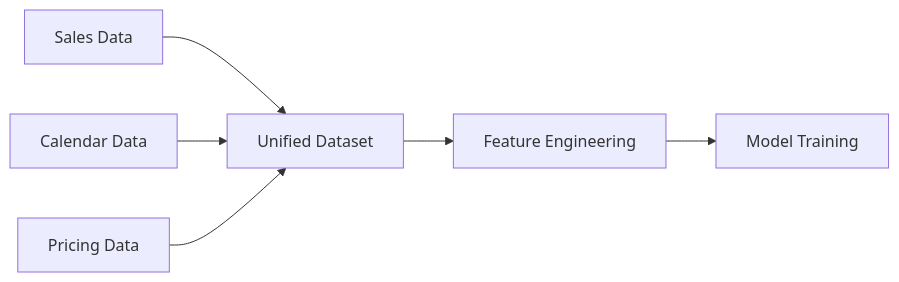
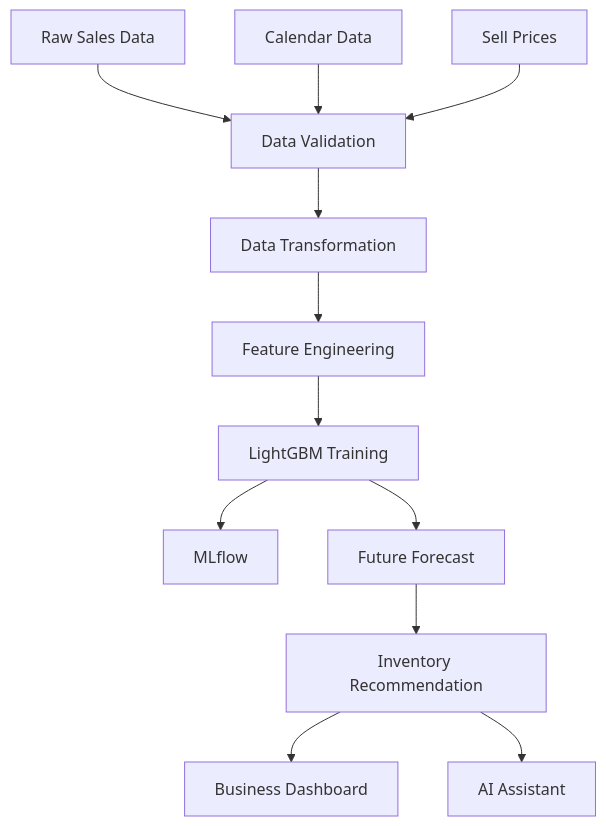
The second of 4 diagrams in README.md (hanannazri/Intelligent-Forecasting-MLOps-Platform), drawn with Mermaid before and after one commit. The commit also changed other lines of this file, not shown here.

First line of the commit message:
Revise README for clarity and feature updates

````diff
--- a/README.md
+++ b/README.md
@@ -344,8 +238,31 @@
 ```mermaid
-flowchart LR
-    A[Sales Data] --> D[Unified Dataset]
-    B[Calendar Data] --> D
-    C[Pricing Data] --> D
-    D --> E[Feature Engineering]
-    E --> F[Model Training]
+flowchart TD
+
+A[Raw Sales Data]
+
+B[Calendar Data]
+
+C[Sell Prices]
+
+A --> D[Data Validation]
+
+B --> D
+
+C --> D
+
+D --> E[Data Transformation]
+
+E --> F[Feature Engineering]
+
+F --> G[LightGBM Training]
+
+G --> H[MLflow]
+
+G --> I[Future Forecast]
+
+I --> J[Inventory Recommendation]
+
+J --> K[Business Dashboard]
+
+J --> L[AI Assistant]
 ```
````
